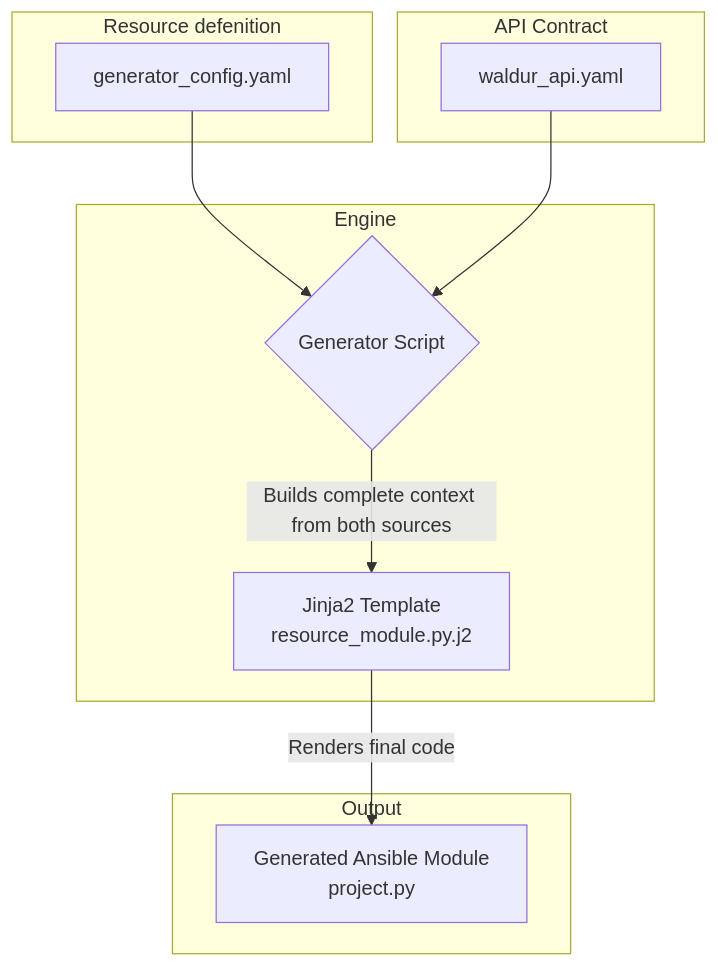
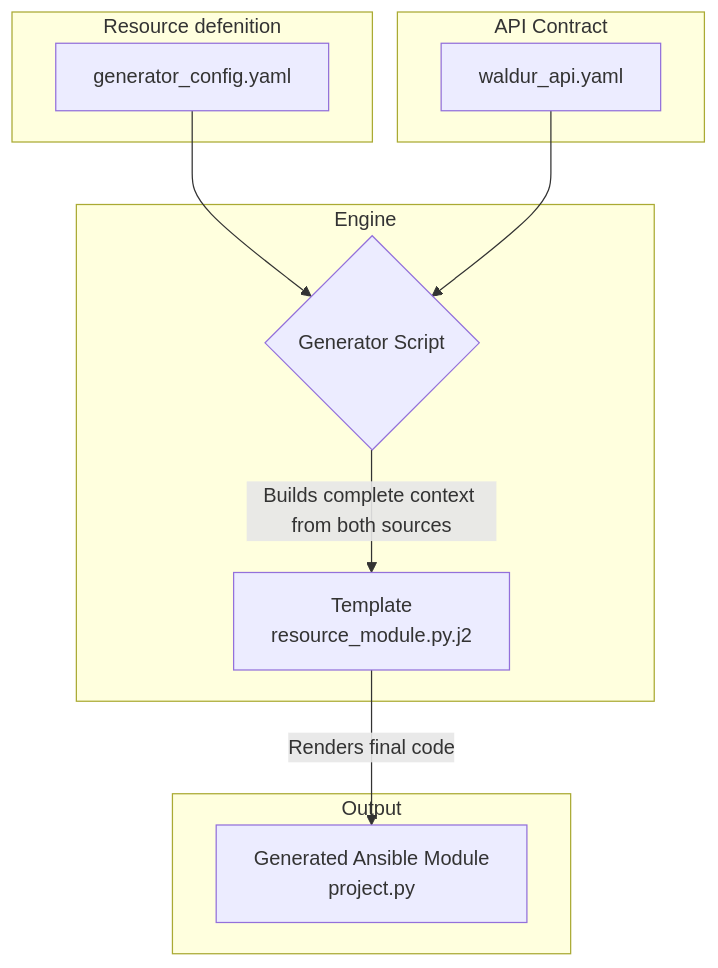
Before and after one commit to waldur/ansible-waldur-generator: the first of 2 diagrams in README.md, drawn with Mermaid. The commit also changed other lines of this file and 25 other files, not shown here.

````diff
--- a/README.md
+++ b/README.md
@@ -257,24 +257,24 @@
 ```mermaid
 graph TD
     subgraph "API Contract"
         B[waldur_api.yaml]
     end
 
     subgraph "Resource defenition"
         A[generator_config.yaml]
     end
 
     subgraph "Engine"
         C{Generator Script}
-        D[Jinja2 Template <br>resource_module.py.j2]
+        D[Template <br>resource_module.py.j2]
     end
 
     subgraph "Output"
         E[Generated Ansible Module <br>project.py]
     end
 
     A --> C
     B --> C
     C -- Builds complete context from both sources --> D
     D -- Renders final code --> E
 ```
````
